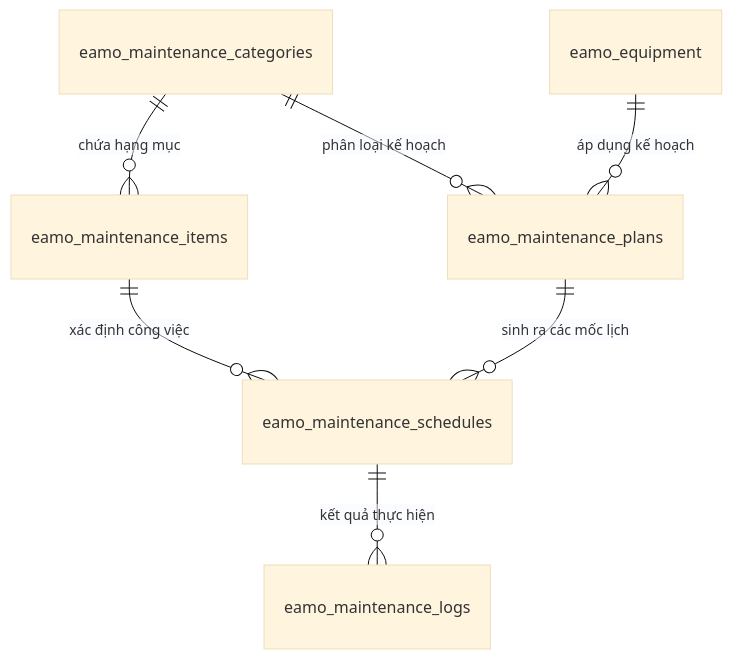
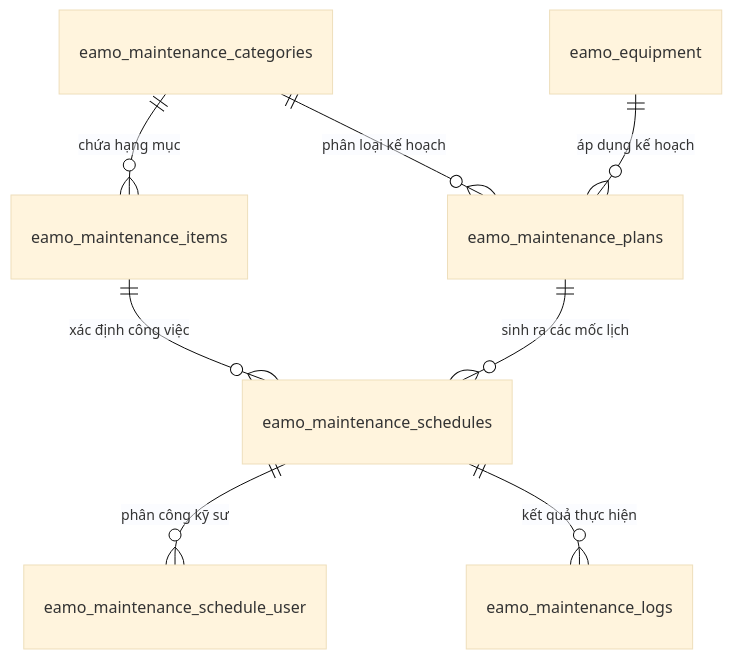
Before and after one commit to eamo-cmms/eamo-backend: the diagram in docs/maintenance-management.md, drawn with Mermaid (base theme). The commit also changed other lines of this file and 1 other file, not shown here.

Commit message:
feat(maintenance): add maintenanceSchedules relationship and update documentation for schedule-user assignment

````diff
--- a/docs/maintenance-management.md
+++ b/docs/maintenance-management.md
@@ -20,10 +21,11 @@
 ```mermaid
 erDiagram
     eamo_maintenance_categories ||--o{ eamo_maintenance_items : "chứa hạng mục"
     eamo_maintenance_categories ||--o{ eamo_maintenance_plans : "phân loại kế hoạch"
     eamo_equipment ||--o{ eamo_maintenance_plans : "áp dụng kế hoạch"
     
     eamo_maintenance_plans ||--o{ eamo_maintenance_schedules : "sinh ra các mốc lịch"
     eamo_maintenance_items ||--o{ eamo_maintenance_schedules : "xác định công việc"
+    eamo_maintenance_schedules ||--o{ eamo_maintenance_schedule_user : "phân công kỹ sư"
     eamo_maintenance_schedules ||--o{ eamo_maintenance_logs : "kết quả thực hiện"
 ```
````
